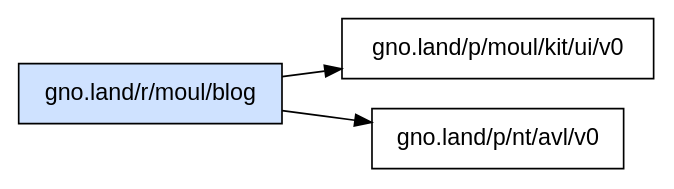
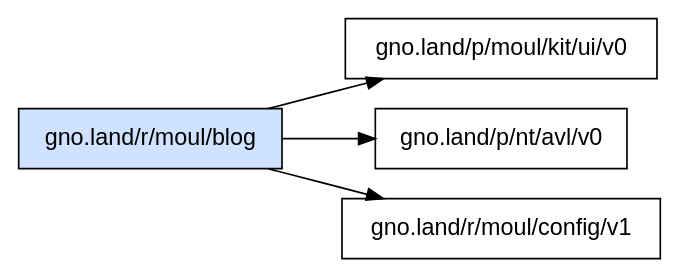
Before and after one commit to moul/gno-contracts: the diagram in _assets/gno.land/r/moul/blog/deps.dot, drawn with Graphviz. The commit also changed 18 other files, not shown here.

Commit message:
chore: regenerate catalog, graphs and on-chain status [skip ci]

```diff
--- a/_assets/gno.land/r/moul/blog/deps.dot
+++ b/_assets/gno.land/r/moul/blog/deps.dot
@@ -1,7 +1,8 @@
 digraph deps {
   rankdir=LR;
   node [shape=box, fontname="sans-serif"];
   "gno.land/r/moul/blog" [style=filled, fillcolor="#cfe2ff"];
   "gno.land/r/moul/blog" -> "gno.land/p/moul/kit/ui/v0";
   "gno.land/r/moul/blog" -> "gno.land/p/nt/avl/v0";
+  "gno.land/r/moul/blog" -> "gno.land/r/moul/config/v1";
 }
```
